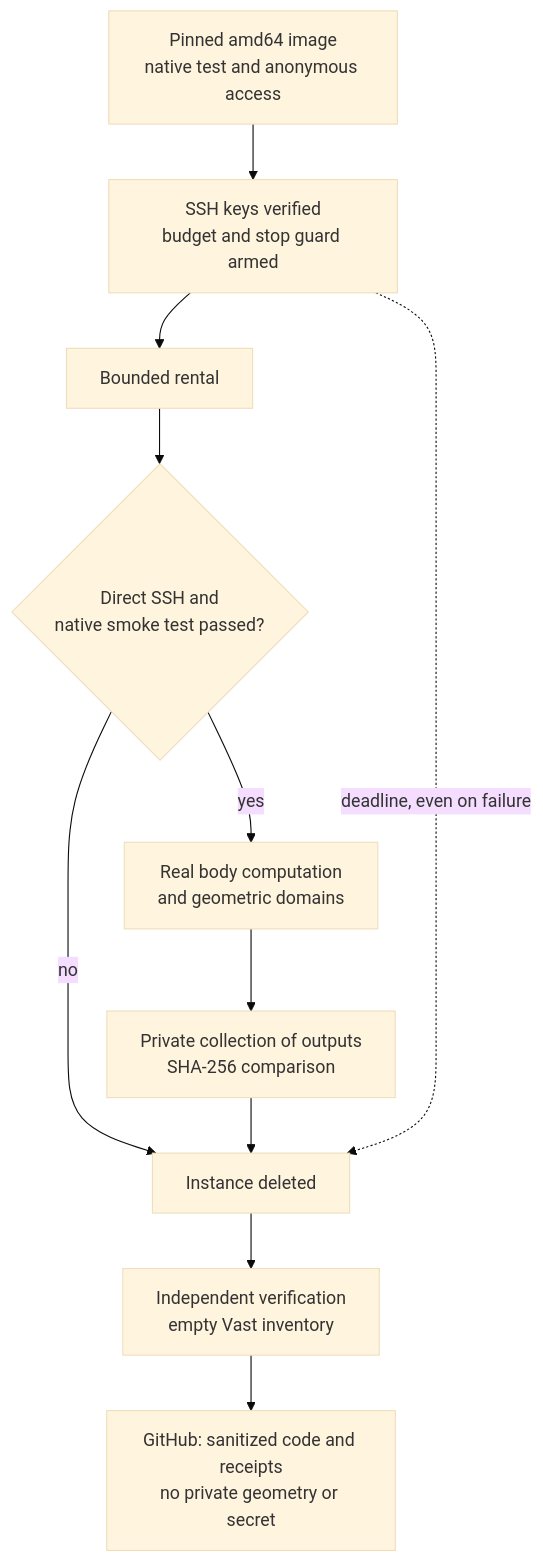
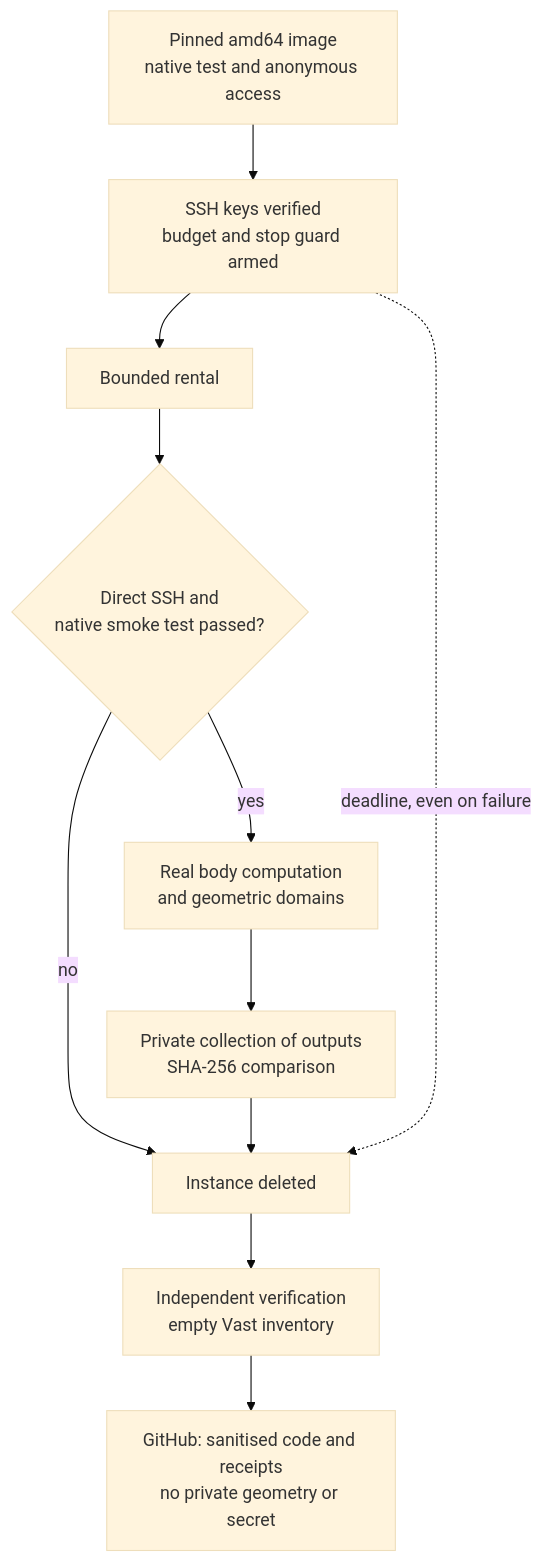
One commit to cluster2600/porscheparts changed the diagram in docs/reports/M64_PICOGK_EXECUTION.md. Above: the diagram before and after it, drawn with Mermaid (base theme). The commit also changed other lines of this file and 480 other files, not shown here.

````diff
--- a/docs/reports/M64_PICOGK_EXECUTION.md
+++ b/docs/reports/M64_PICOGK_EXECUTION.md
@@ -228,13 +228,13 @@
 ```mermaid
 graph TD
     A["Pinned amd64 image<br/>native test and anonymous access"] --> B["SSH keys verified<br/>budget and stop guard armed"]
     B --> C["Bounded rental"]
     C --> D{"Direct SSH and<br/>native smoke test passed?"}
     D -- "no" --> H["Instance deleted"]
     D -- "yes" --> E["Real body computation<br/>and geometric domains"]
     E --> F["Private collection of outputs<br/>SHA-256 comparison"]
     F --> H
     B -. "deadline, even on failure" .-> H
     H --> I["Independent verification<br/>empty Vast inventory"]
-    I --> J["GitHub: sanitized code and receipts<br/>no private geometry or secret"]
+    I --> J["GitHub: sanitised code and receipts<br/>no private geometry or secret"]
 ```
````
